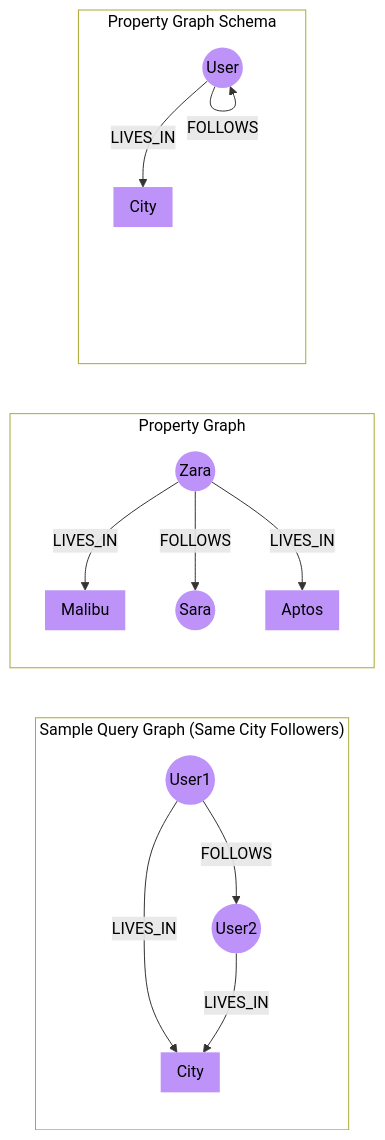
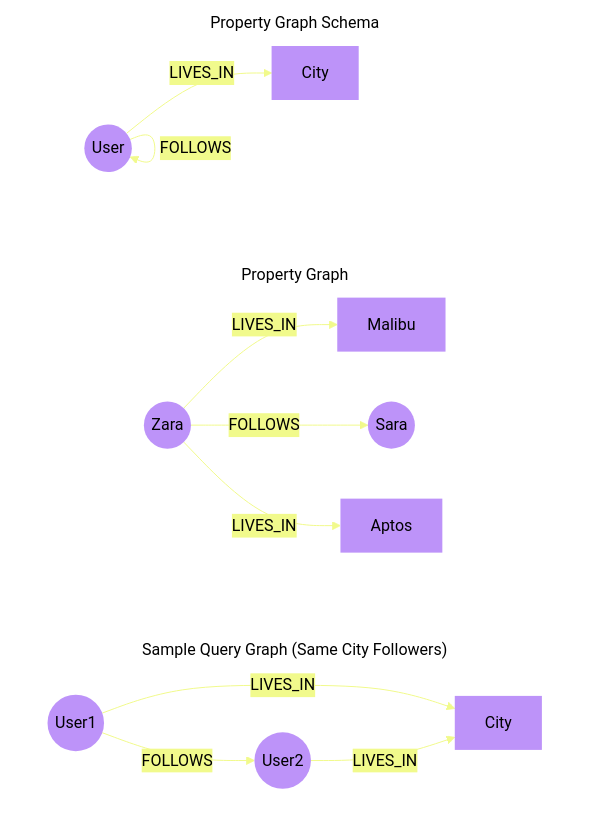
Before and after one commit to saqib-ali/docs: the diagram in snippets/property-graph.mdx, drawn with Mermaid.

Commit message:
Update Mermaid diagrams in property-graph.mdx
Mintlify-Source: dashboard-editor

````diff
--- a/snippets/property-graph.mdx
+++ b/snippets/property-graph.mdx
@@ -1,55 +1,60 @@
 ```mermaid
 graph LR
-%%{init: {'flowchart': {'padding': 0,"top": 0,"bottom": 0, 'diagramPadding':0, 'nodeSpacing': 0, 'rankSpacing':0}}}%%
+%%{init: {'theme':'base', 'themeVariables': {'lineColor':'#F1FA8C','secondaryColor':'#F1FA8C','background':'#282A36'}}}%%
 
 subgraph s3["Sample Query Graph (Same City Followers)"]
+direction LR
 
 User1@{ shape: "circle" }
 User2@{ shape: "circle" }
 City3["City"]
 
 User1 -->|FOLLOWS| User2
 User1 -->|LIVES_IN| City3
 User2 -->|LIVES_IN| City3
 end
 
 subgraph s1["Property Graph"]
+direction LR
+
 Zara@{ shape: "circle" }
 Sara@{ shape: "circle" }
 
 C1["Malibu"]
 C2["Aptos"]
 
 %% LIVES_IN relationships
 Zara -- "LIVES_IN" --> C1
 %% FOLLOWS relationships
 Zara -- "FOLLOWS" --> Sara
 Zara@{ shape: "circle" } -- "LIVES_IN" --> C2
 
 
 
 end
 
 subgraph s2["Property Graph Schema"]
-
+direction LR
 
 User@{ shape: "circle" }
 City["City"]
 
 User@{ label: "User" } -->|"LIVES_IN"| City
 User -- FOLLOWS --> User
 
 end
 
 
 classDef nodes fill:#BD93F9,stroke-width:0px, color:#000000
 class User1,User2,User,U1,U2,Zara,Sara nodes
 
 
 classDef cities fill:#BD93F9,stroke-width:0px
 class City,C1,C2,City3 cities
 
-classDef subgraphs fill:transparent
+classDef subgraphs fill:transparent,stroke-width:0px
 class s1,s2,s3 subgraphs
 
+
+
 ```
````
